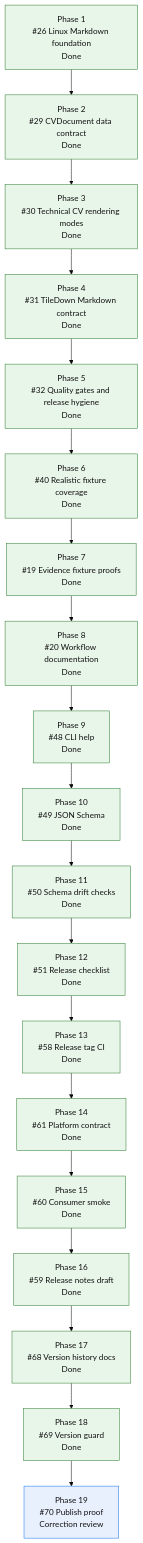
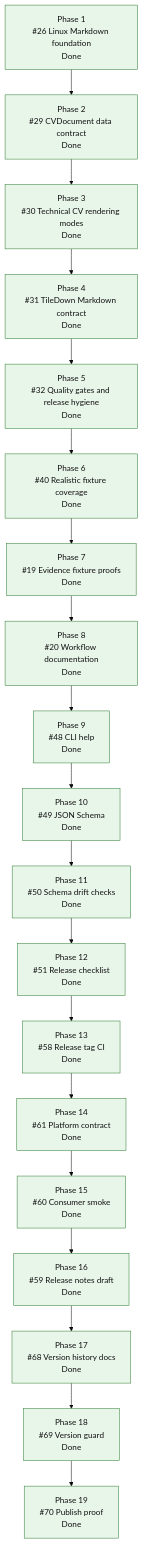
One commit to mihaelamj/cvbuilder changed the diagram in README.md. Above: the diagram before and after it, drawn with Mermaid (base theme). The commit also changed 2 other files, not shown here.

Commit message:
docs(release): record v0.9.0 publication proof
Closes #70.

````diff
--- a/README.md
+++ b/README.md
@@ -169,36 +169,36 @@
 ```mermaid
 flowchart TD
     P1["Phase 1<br/>#26 Linux Markdown foundation<br/>Done"]
     P2["Phase 2<br/>#29 CVDocument data contract<br/>Done"]
     P3["Phase 3<br/>#30 Technical CV rendering modes<br/>Done"]
     P4["Phase 4<br/>#31 TileDown Markdown contract<br/>Done"]
     P5["Phase 5<br/>#32 Quality gates and release hygiene<br/>Done"]
     P6["Phase 6<br/>#40 Realistic fixture coverage<br/>Done"]
     P7["Phase 7<br/>#19 Evidence fixture proofs<br/>Done"]
     P8["Phase 8<br/>#20 Workflow documentation<br/>Done"]
     P9["Phase 9<br/>#48 CLI help<br/>Done"]
     P10["Phase 10<br/>#49 JSON Schema<br/>Done"]
     P11["Phase 11<br/>#50 Schema drift checks<br/>Done"]
     P12["Phase 12<br/>#51 Release checklist<br/>Done"]
     P13["Phase 13<br/>#58 Release tag CI<br/>Done"]
     P14["Phase 14<br/>#61 Platform contract<br/>Done"]
     P15["Phase 15<br/>#60 Consumer smoke<br/>Done"]
     P16["Phase 16<br/>#59 Release notes draft<br/>Done"]
     P17["Phase 17<br/>#68 Version history docs<br/>Done"]
     P18["Phase 18<br/>#69 Version guard<br/>Done"]
-    P19["Phase 19<br/>#70 Publish proof<br/>Correction review"]
+    P19["Phase 19<br/>#70 Publish proof<br/>Done"]
 
     P1 --> P2 --> P3 --> P4 --> P5 --> P6 --> P7 --> P8 --> P9 --> P10 --> P11 --> P12 --> P13 --> P14 --> P15 --> P16 --> P17 --> P18 --> P19
 
     classDef done fill:#e8f5e9,stroke:#2e7d32,color:#111;
     classDef active fill:#fff3e0,stroke:#ef6c00,color:#111;
     classDef review fill:#e8f0fe,stroke:#1a73e8,color:#111;
     classDef next fill:#fff8e1,stroke:#f9a825,color:#111;
     classDef partial fill:#e0f7fa,stroke:#00838f,color:#111;
     classDef todo fill:#eef3ff,stroke:#3367d6,color:#111;
     class P1,P2,P3,P4 done;
     class P5,P6,P7,P8,P9,P10,P11,P12,P13,P14,P15,P16 done;
     class P17 done;
     class P18 done;
-    class P19 review;
+    class P19 done;
 ```
````
